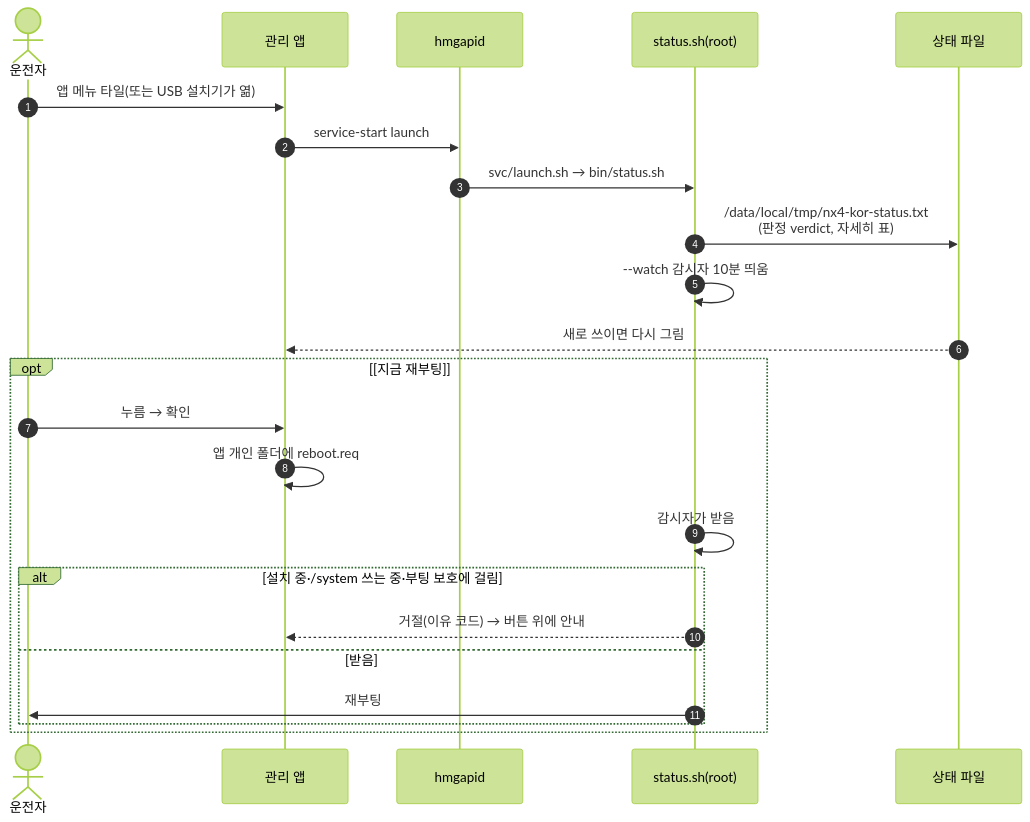
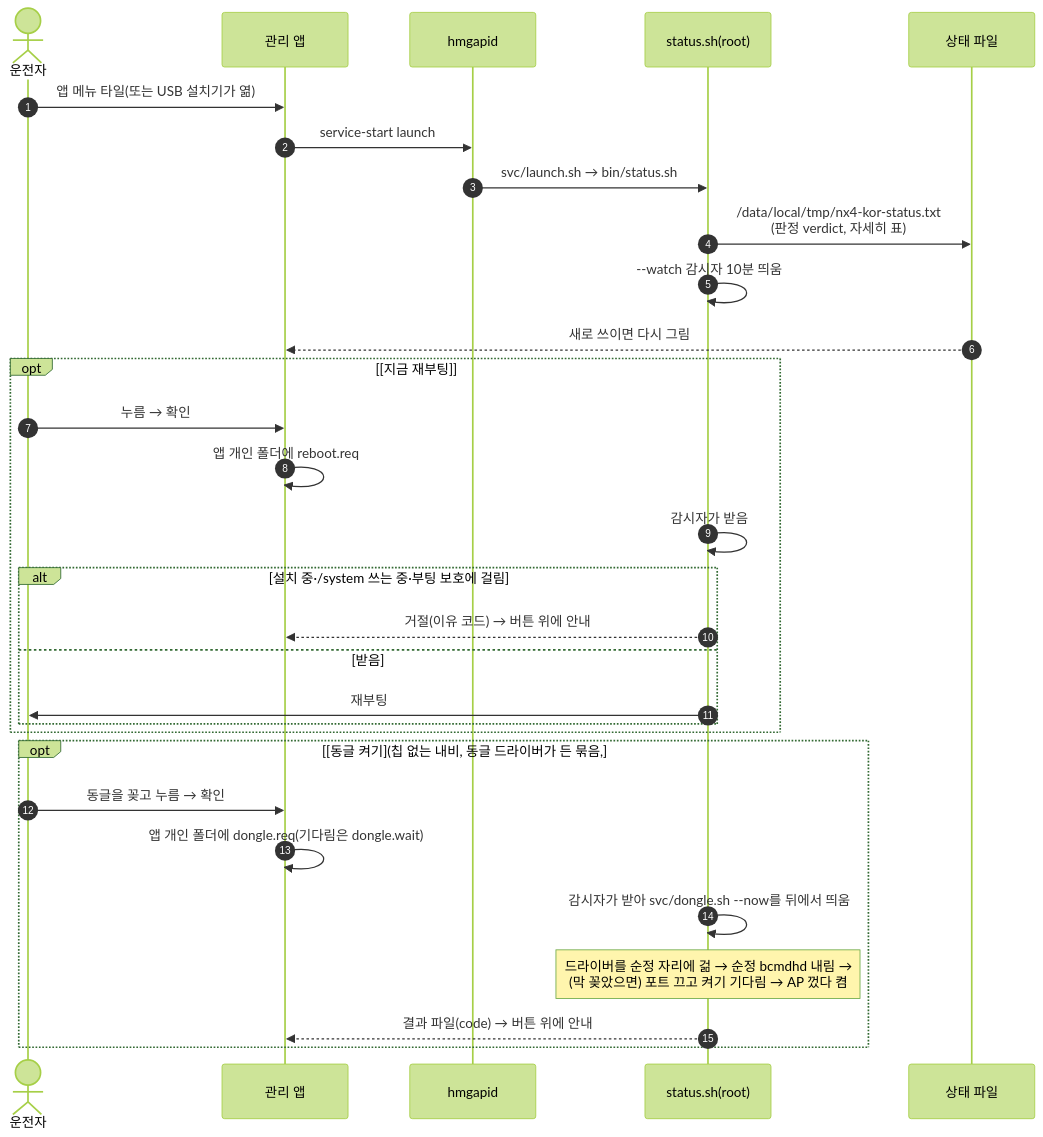
Before and after one commit to jay-park-lab/hmgapi-nx4-kor: the fifth of 7 diagrams in docs/flow.md, drawn with Mermaid (forest theme). The commit also changed other lines of this file and 7 other files, not shown here.

````diff
--- a/docs/flow.md
+++ b/docs/flow.md
@@ -167,26 +167,33 @@
 ```mermaid
 sequenceDiagram
   autonumber
   actor U as 운전자
   participant App as 관리 앱
   participant H as hmgapid
   participant S as status.sh(root)
   participant F as 상태 파일
 
   U->>App: 앱 메뉴 타일(또는 USB 설치기가 엶)
   App->>H: service-start launch
   H->>S: svc/launch.sh → bin/status.sh
   S->>F: /data/local/tmp/nx4-kor-status.txt<br/>(판정 verdict, 자세히 표)
   S->>S: --watch 감시자 10분 띄움
   F-->>App: 새로 쓰이면 다시 그림
   opt [지금 재부팅]
     U->>App: 누름 → 확인
     App->>App: 앱 개인 폴더에 reboot.req
     S->>S: 감시자가 받음
     alt 설치 중·/system 쓰는 중·부팅 보호에 걸림
       S-->>App: 거절(이유 코드) → 버튼 위에 안내
     else 받음
       S->>U: 재부팅
     end
   end
+  opt [동글 켜기](칩 없는 내비, 동글 드라이버가 든 묶음, #60)
+    U->>App: 동글을 꽂고 누름 → 확인
+    App->>App: 앱 개인 폴더에 dongle.req(기다림은 dongle.wait)
+    S->>S: 감시자가 받아 svc/dongle.sh --now를 뒤에서 띄움
+    Note over S: 드라이버를 순정 자리에 걺 → 순정 bcmdhd 내림 →<br/>(막 꽂았으면) 포트 끄고 켜기 기다림 → AP 껐다 켬
+    S-->>App: 결과 파일(code) → 버튼 위에 안내
+  end
 ```
````
